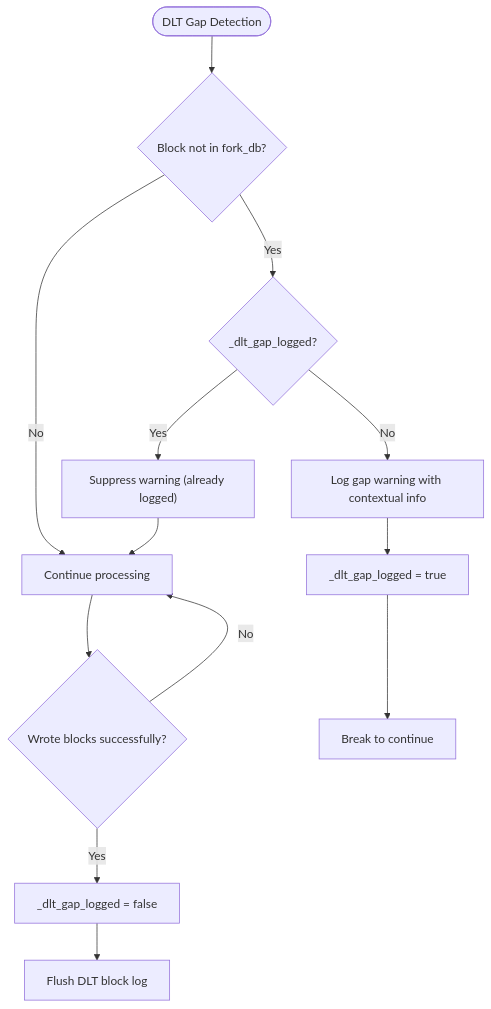
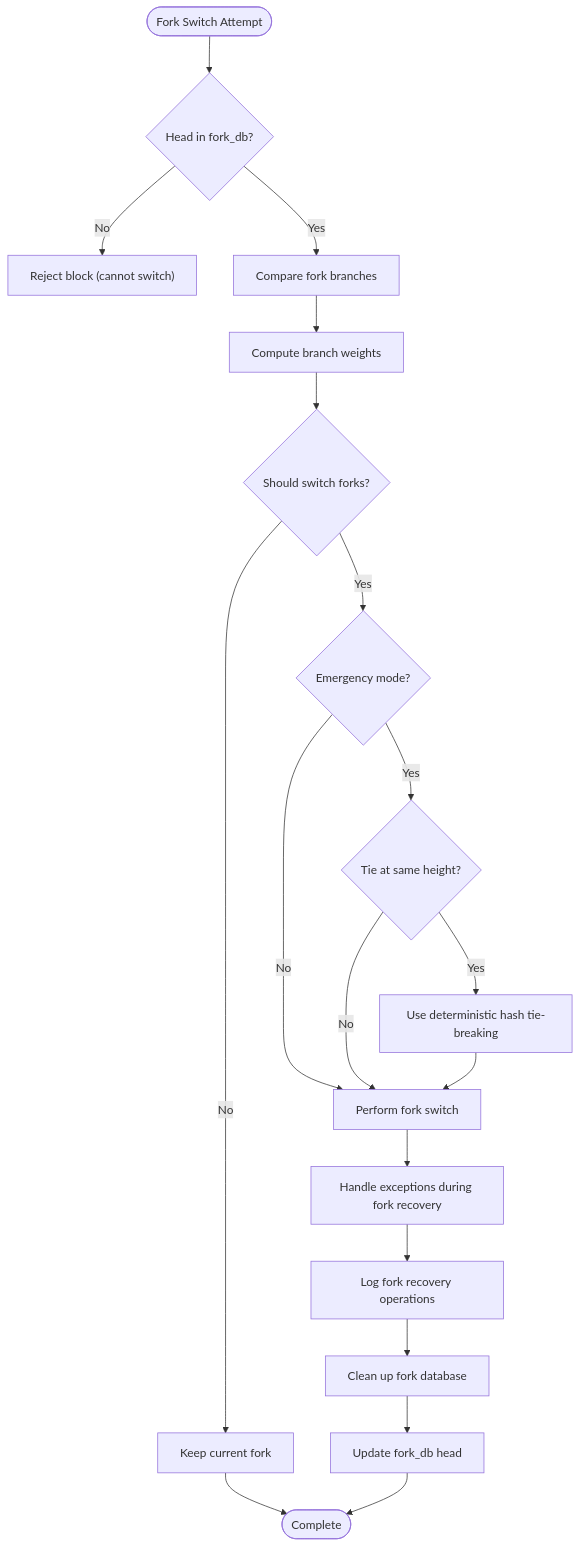
One commit to VIZ-Blockchain/viz-cpp-node changed the fifth of 27 diagrams in .qoder/repowiki/en/content/Architecture Overview/Core Libraries/Chain Library/Database Management/Database Management.md. Above: the diagram before and after it, drawn with Mermaid. The commit also changed other lines of this file and 4 other files, not shown here.

First line of the commit message:
feat(database): enhance exception handling and fork database management

````diff
--- a/.qoder/repowiki/en/content/Architecture Overview/Core Libraries/Chain Library/Database Management/Database Management.md
+++ b/.qoder/repowiki/en/content/Architecture Overview/Core Libraries/Chain Library/Database Management/Database Management.md
@@ -582,15 +494,21 @@
 ```mermaid
 flowchart TD
-Start(["DLT Gap Detection"]) --> CheckGap{"Block not in fork_db?"}
-CheckGap --> |No| Continue["Continue processing"]
-CheckGap --> |Yes| CheckFlag{"_dlt_gap_logged?"}
-CheckFlag --> |Yes| Suppress["Suppress warning (already logged)"]
-CheckFlag --> |No| LogWarning["Log gap warning with contextual info"]
-LogWarning --> SetFlag["_dlt_gap_logged = true"]
-SetFlag --> Break["Break to continue"]
-Suppress --> Continue
-Continue --> CheckWrote{"Wrote blocks successfully?"}
-CheckWrote --> |Yes| ResetFlag["_dlt_gap_logged = false"]
-ResetFlag --> Flush["Flush DLT block log"]
-CheckWrote --> |No| Continue
+Start(["Fork Switch Attempt"]) --> CheckHead{"Head in fork_db?"}
+CheckHead --> |No| Reject["Reject block (cannot switch)"]
+CheckHead --> |Yes| CompareBranches["Compare fork branches"]
+CompareBranches --> ComputeWeight["Compute branch weights"]
+ComputeWeight --> DecideSwitch{"Should switch forks?"}
+DecideSwitch --> |Yes| CheckEmergency{"Emergency mode?"}
+DecideSwitch --> |No| KeepCurrent["Keep current fork"]
+CheckEmergency --> |No| SwitchForks["Perform fork switch"]
+CheckEmergency --> |Yes| CheckTie{"Tie at same height?"}
+CheckTie --> |No| SwitchForks
+CheckTie --> |Yes| TieBreak["Use deterministic hash tie-breaking"]
+TieBreak --> SwitchForks
+SwitchForks --> HandleExceptions["Handle exceptions during fork recovery"]
+HandleExceptions --> LogRecovery["Log fork recovery operations"]
+LogRecovery --> Cleanup["Clean up fork database"]
+Cleanup --> UpdateHead["Update fork_db head"]
+KeepCurrent --> End(["Complete"])
+UpdateHead --> End
 ```
````
